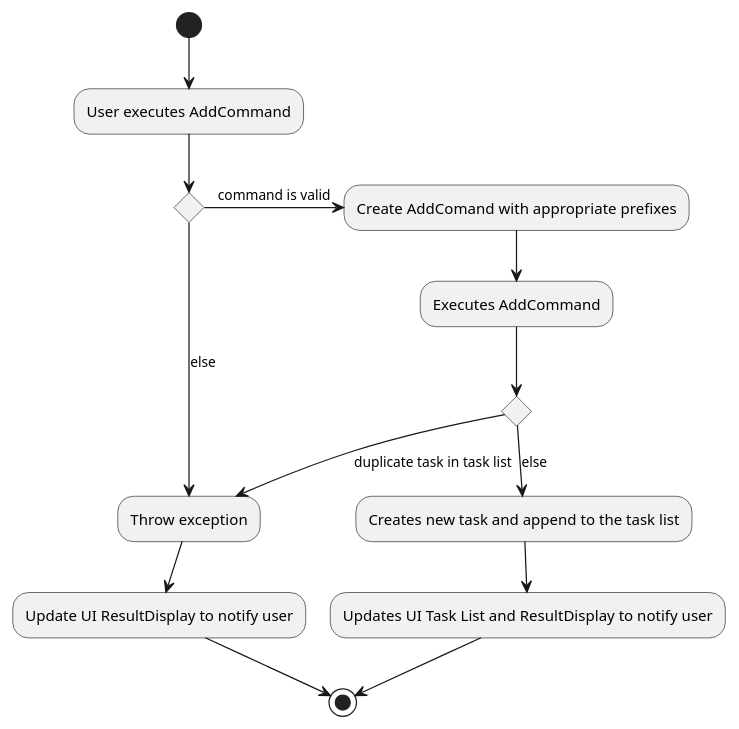
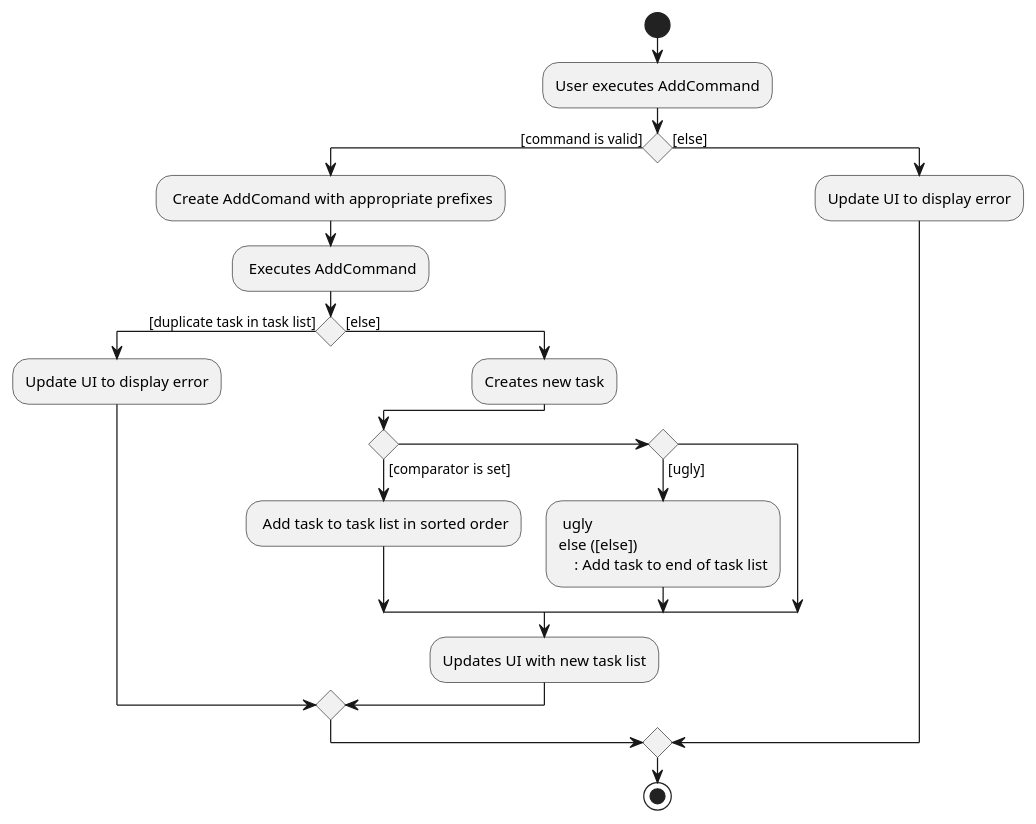
The diagram in docs/diagrams/AddCommandActivityDiagram.puml (AY1920S2-CS2103T-W16-01/main), drawn with PlantUML before and after one commit.

Commit message:
update AddCommandActivityDiagram

```diff
--- a/docs/diagrams/AddCommandActivityDiagram.puml
+++ b/docs/diagrams/AddCommandActivityDiagram.puml
@@ -1,20 +1,26 @@
 @startuml
-(*) --> "User executes AddCommand"
+start
+:User executes AddCommand;
 
-if ""
-  -right->[command is valid] "Create AddComand with appropriate prefixes"
-  --> "Executes AddCommand"
-  if "" then
-        -->[duplicate task in task list]"Throw exception"
-  else
-        -down->[else]"Creates new task and append to the task list"
-        -down> "Updates UI Task List and ResultDisplay to notify user"
+if () then ([command is valid])
+  : Create AddComand with appropriate prefixes;
+  : Executes AddCommand;
+  if () then ([duplicate task in task list])
+        :Update UI to display error;
+  else ([else])
+        :Creates new task;
+        if() then ([comparator is set])
+            : Add task to task list in sorted order;
+        else if() then ([ugly])
+            : ugly
+        else ([else])
+            : Add task to end of task list;
+        endif
+        :Updates UI with new task list;
   endif
-  --> (*)
-else
-  ->[else] "Throw exception"
-  -down-> "Update UI ResultDisplay to notify user"
-  -down->(*)
+else ([else])
+  :Update UI to display error;
 endif
 
+stop;
 @enduml
```
